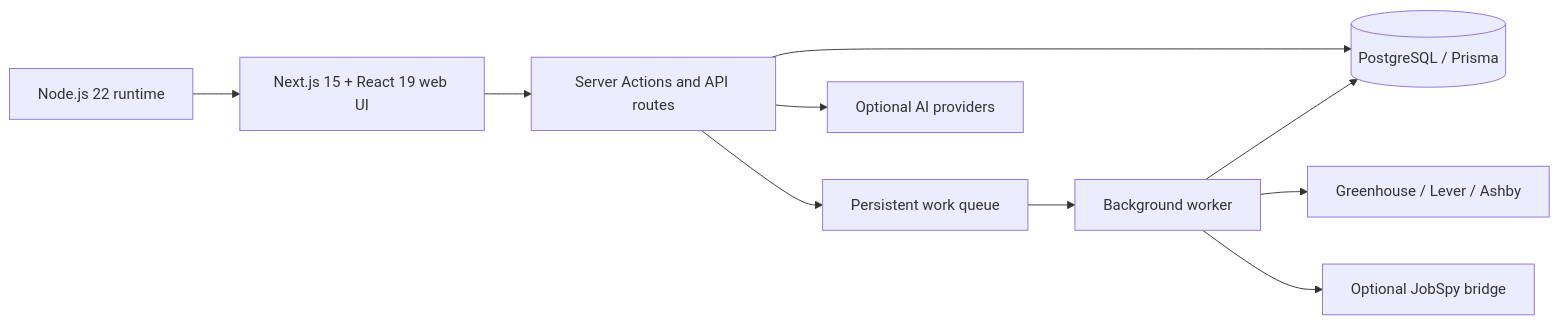
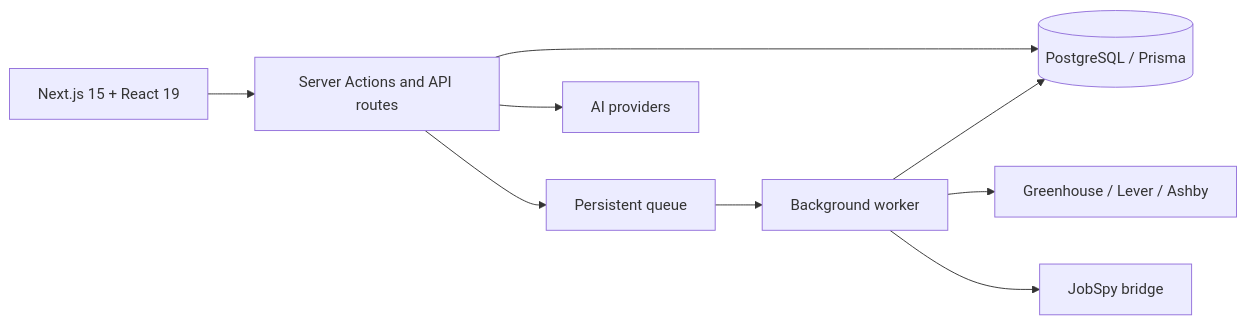
One commit to yangx219/jobmatchpilot changed the diagram in README.md. Above: the diagram before and after it, drawn with Mermaid. The commit also changed other lines of this file, not shown here.

````diff
--- a/README.md
+++ b/README.md
@@ -83,12 +40,11 @@
 ```mermaid
 flowchart LR
-  RUNTIME[Node.js 22 runtime] --> UI[Next.js 15 + React 19 web UI]
-  UI --> SA[Server Actions and API routes]
-  SA --> DB[(PostgreSQL / Prisma)]
-  SA --> Q[Persistent work queue]
+  UI[Next.js 15 + React 19] --> API[Server Actions and API routes]
+  API --> DB[(PostgreSQL / Prisma)]
+  API --> Q[Persistent queue]
   Q --> W[Background worker]
   W --> ATS[Greenhouse / Lever / Ashby]
-  W --> JS[Optional JobSpy bridge]
+  W --> JS[JobSpy bridge]
   W --> DB
-  SA --> AI[Optional AI providers]
+  API --> AI[AI providers]
 ```
````
